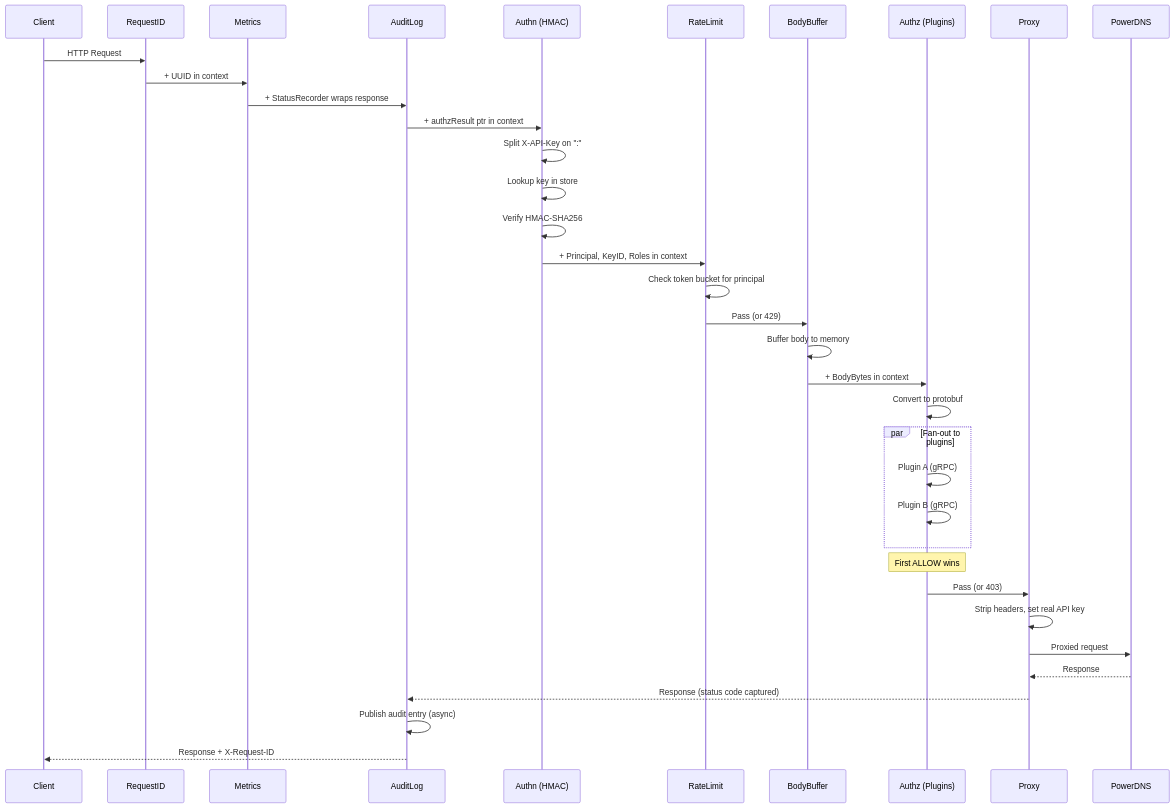
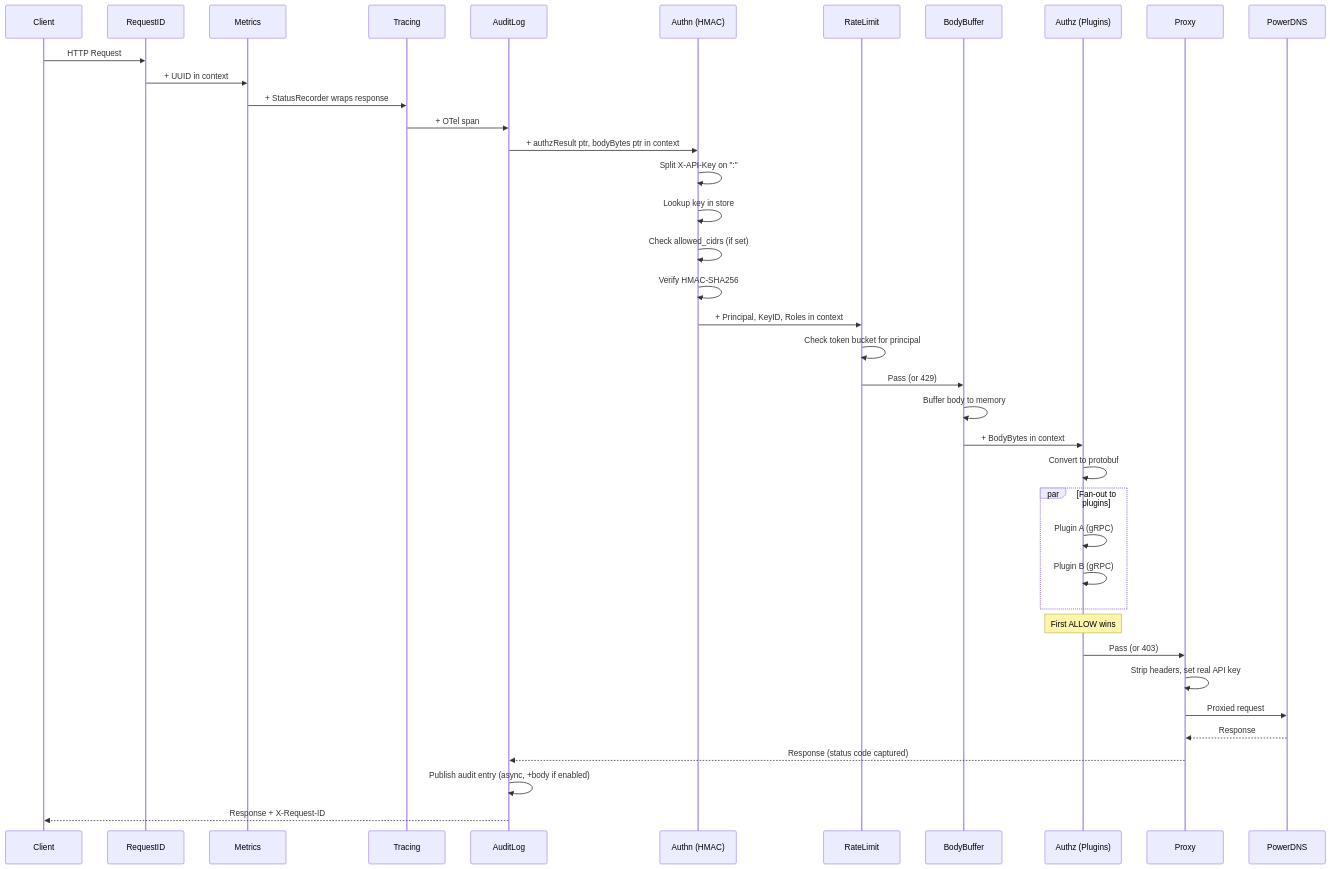
One commit to FlorianMai1/pdag changed the third of 4 diagrams in docs/architecture.md. Above: the diagram before and after it, drawn with Mermaid. The commit also changed other lines of this file and 1 other file, not shown here.

First line of the commit message:
Update docs for key rotation, audit body, IP allowlisting, auto cleanup

````diff
--- a/docs/architecture.md
+++ b/docs/architecture.md
@@ -42,39 +42,42 @@
 ```mermaid
 sequenceDiagram
     participant C as Client
     participant RID as RequestID
     participant MET as Metrics
+    participant TRC as Tracing
     participant AUD as AuditLog
     participant ATN as Authn (HMAC)
     participant RL as RateLimit
     participant BB as BodyBuffer
     participant ATZ as Authz (Plugins)
     participant PX as Proxy
     participant UP as PowerDNS
 
     C->>RID: HTTP Request
     RID->>MET: + UUID in context
-    MET->>AUD: + StatusRecorder wraps response
-    AUD->>ATN: + authzResult ptr in context
+    MET->>TRC: + StatusRecorder wraps response
+    TRC->>AUD: + OTel span
+    AUD->>ATN: + authzResult ptr, bodyBytes ptr in context
     ATN->>ATN: Split X-API-Key on ":"
     ATN->>ATN: Lookup key in store
+    ATN->>ATN: Check allowed_cidrs (if set)
     ATN->>ATN: Verify HMAC-SHA256
     ATN->>RL: + Principal, KeyID, Roles in context
     RL->>RL: Check token bucket for principal
     RL->>BB: Pass (or 429)
     BB->>BB: Buffer body to memory
     BB->>ATZ: + BodyBytes in context
     ATZ->>ATZ: Convert to protobuf
     par Fan-out to plugins
         ATZ->>ATZ: Plugin A (gRPC)
         ATZ->>ATZ: Plugin B (gRPC)
     end
     Note over ATZ: First ALLOW wins
     ATZ->>PX: Pass (or 403)
     PX->>PX: Strip headers, set real API key
     PX->>UP: Proxied request
     UP-->>PX: Response
     PX-->>AUD: Response (status code captured)
-    AUD->>AUD: Publish audit entry (async)
+    AUD->>AUD: Publish audit entry (async, +body if enabled)
     AUD-->>C: Response + X-Request-ID
 ```
````
